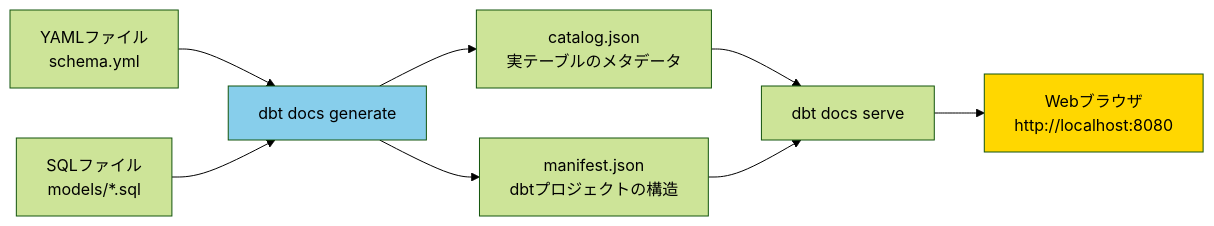
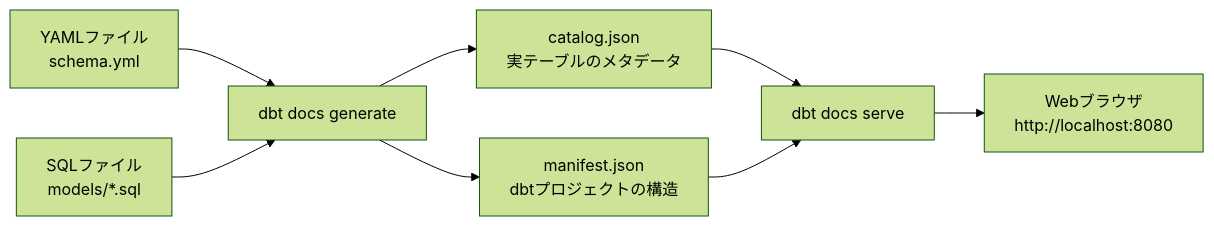
One commit to 1210yuichi0/1210yuichi0.github.io changed the first of 5 diagrams in content/Tech/dbt/categories/documentation-config.md. Above: the diagram before and after it, drawn with Mermaid (forest theme). The commit also changed other lines of this file and 22 other files, not shown here.

First line of the commit message:
style: remove Mermaid style directives for dark mode compatibility

````diff
--- a/content/Tech/dbt/categories/documentation-config.md
+++ b/content/Tech/dbt/categories/documentation-config.md
@@ -59,14 +59,12 @@
 ```mermaid
 flowchart LR
     YAML[YAMLファイル<br/>schema.yml] --> Generate[dbt docs generate]
     SQL[SQLファイル<br/>models/*.sql] --> Generate
     Generate --> Catalog[catalog.json<br/>実テーブルのメタデータ]
     Generate --> Manifest[manifest.json<br/>dbtプロジェクトの構造]
 
     Catalog --> Serve[dbt docs serve]
     Manifest --> Serve
     Serve --> WebUI[Webブラウザ<br/>http://localhost:8080]
 
-    style Generate fill:#87CEEB
-    style WebUI fill:#FFD700
 ```
````
